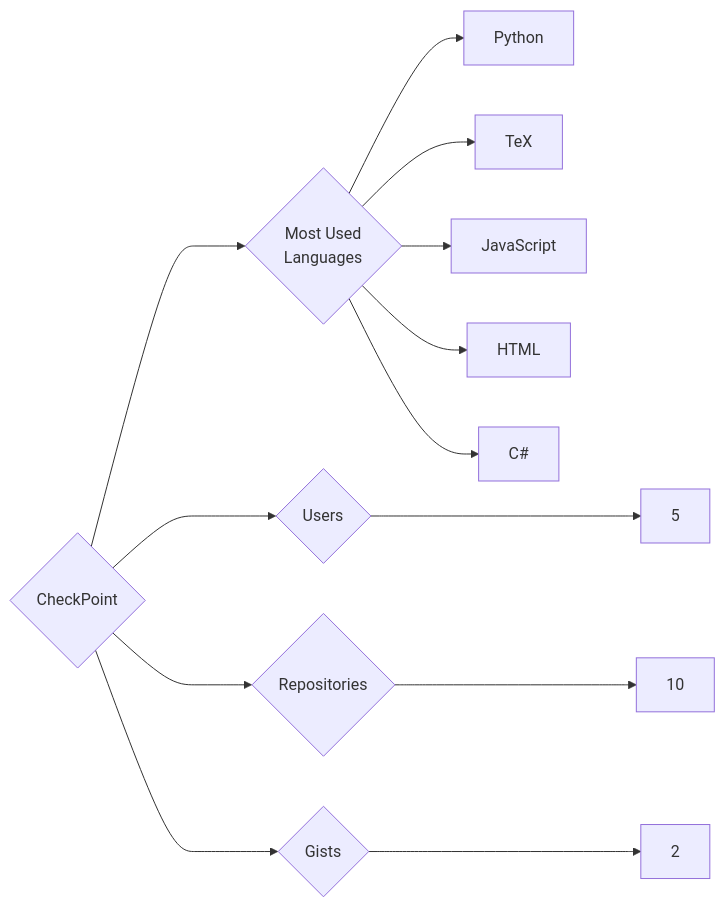
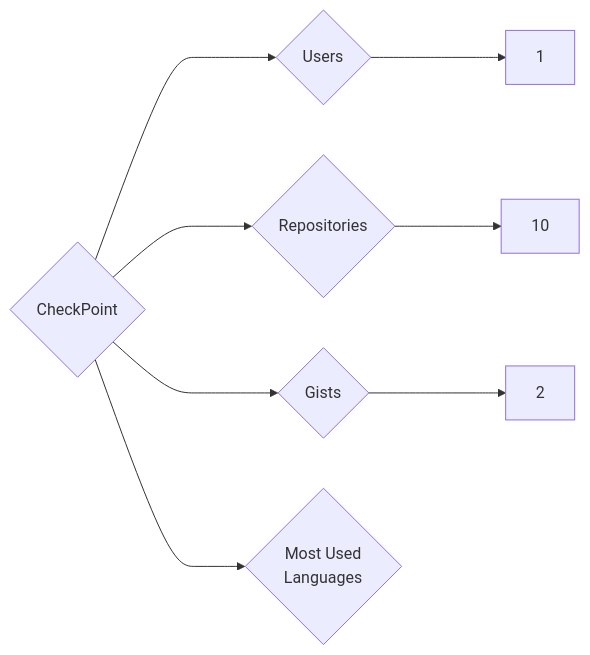
Before and after one commit to trickest/insiders: the diagram in targets/CheckPoint/README.md, drawn with Mermaid. The commit also changed 932 other files, not shown here.

````diff
--- a/targets/CheckPoint/README.md
+++ b/targets/CheckPoint/README.md
@@ -3,13 +3,8 @@
 ```mermaid
 graph LR
 COMPANY_NAME{CheckPoint}
-COMPANY_NAME ---> U{Users} ---> UN[5]
+COMPANY_NAME ---> U{Users} ---> UN[1]
 COMPANY_NAME ---> R{Repositories} ---> RN[10]
 COMPANY_NAME ---> G{Gists} ---> GN[2]
 COMPANY_NAME ---> ML{Most Used<br>Languages}
-ML --> Python[Python]
-ML --> TeX[TeX]
-ML --> JavaScript[JavaScript]
-ML --> HTML[HTML]
-ML --> C#[C#]
 ```
````
